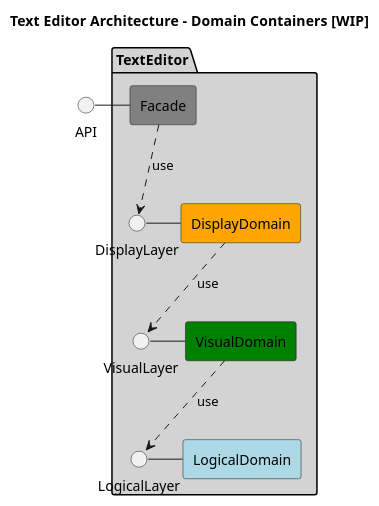
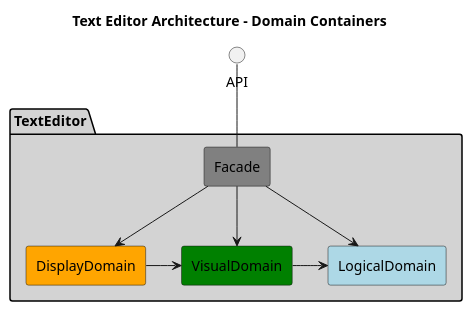
Before and after one commit to JoeRittiner/TextEngine: the diagram in docs/source/specs/architecture/diagrams/domain_containers.puml, drawn with PlantUML.

Commit message:
doc: Update Domain Containers diagram

```diff
--- a/docs/source/specs/architecture/diagrams/domain_containers.puml
+++ b/docs/source/specs/architecture/diagrams/domain_containers.puml
@@ -1,29 +1,24 @@
 @startuml
 
-title Text Editor Architecture - Domain Containers  [WIP]
+title Text Editor Architecture - Domain Containers
 
 
 interface API
 
 package TextEditor #LightGray {
-
-interface DisplayLayer
-interface VisualLayer
-interface LogicalLayer
 
 rectangle Facade #Gray
 rectangle DisplayDomain #Orange
 rectangle VisualDomain #Green
 rectangle LogicalDomain #LightBlue
 }
 
-API - Facade
-DisplayLayer - [DisplayDomain]
-VisualLayer - [VisualDomain]
-LogicalLayer - [LogicalDomain]
+Facade -up- API
 
-[Facade] ..> DisplayLayer : use
-[DisplayDomain] ..> VisualLayer : use
-[VisualDomain] ..> LogicalLayer : use
+Facade --> DisplayDomain
+DisplayDomain -> VisualDomain
+VisualDomain -> LogicalDomain
+Facade --> VisualDomain
+Facade --> LogicalDomain
 
 @enduml
```
